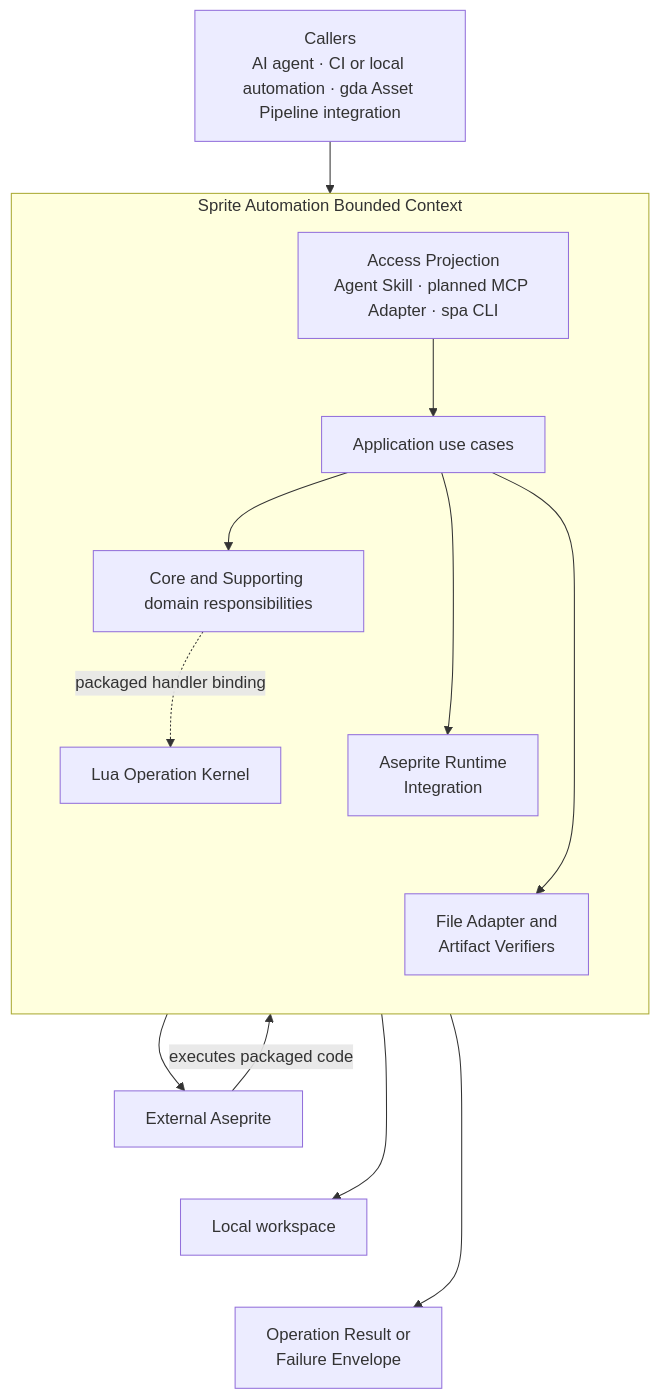
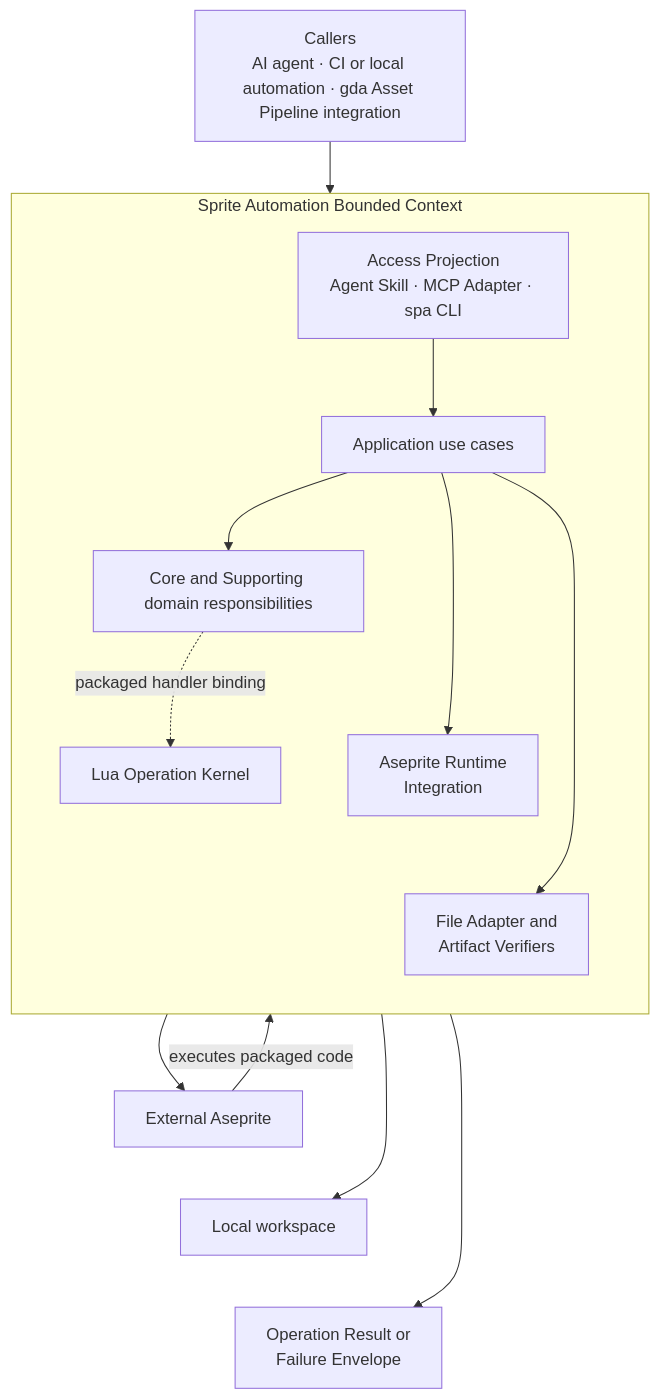
The first of 8 diagrams in ARCHITECTURE.md (aigengame/aseprite-automation), drawn with Mermaid before and after one commit. The commit also changed other lines of this file and 6 other files, not shown here.

Commit message:
docs(mcp): record CLI projection boundary and client validation

````diff
--- a/ARCHITECTURE.md
+++ b/ARCHITECTURE.md
@@ -52,28 +52,28 @@
 ```mermaid
 flowchart TB
     Callers["Callers<br/>AI agent · CI or local automation · gda Asset Pipeline integration"]
 
     subgraph SPA[Sprite Automation Bounded Context]
         direction TB
-        Access["Access Projection<br/>Agent Skill · planned MCP Adapter · spa CLI"]
+        Access["Access Projection<br/>Agent Skill · MCP Adapter · spa CLI"]
         Access --> App[Application use cases]
         App --> Core[Core and Supporting domain responsibilities]
         App --> Runtime["Aseprite Runtime<br/>Integration"]
         App --> Files["File Adapter and<br/>Artifact Verifiers"]
         Core -. packaged handler binding .-> Kernel[Lua Operation Kernel]
 
         %% Invisible links stack peer nodes vertically without adding runtime semantics.
         Core ~~~ Runtime
         Runtime ~~~ Files
     end
 
     Callers --> Access
     Runtime --> Aseprite[External Aseprite]
     Aseprite -->|executes packaged code| Kernel
     Files --> Workspace[Local workspace]
     App --> Outcome["Operation Result or<br/>Failure Envelope"]
 
     %% Stack external peers so the overview stays narrow on GitHub.
     Aseprite ~~~ Workspace
     Workspace ~~~ Outcome
 ```
````
